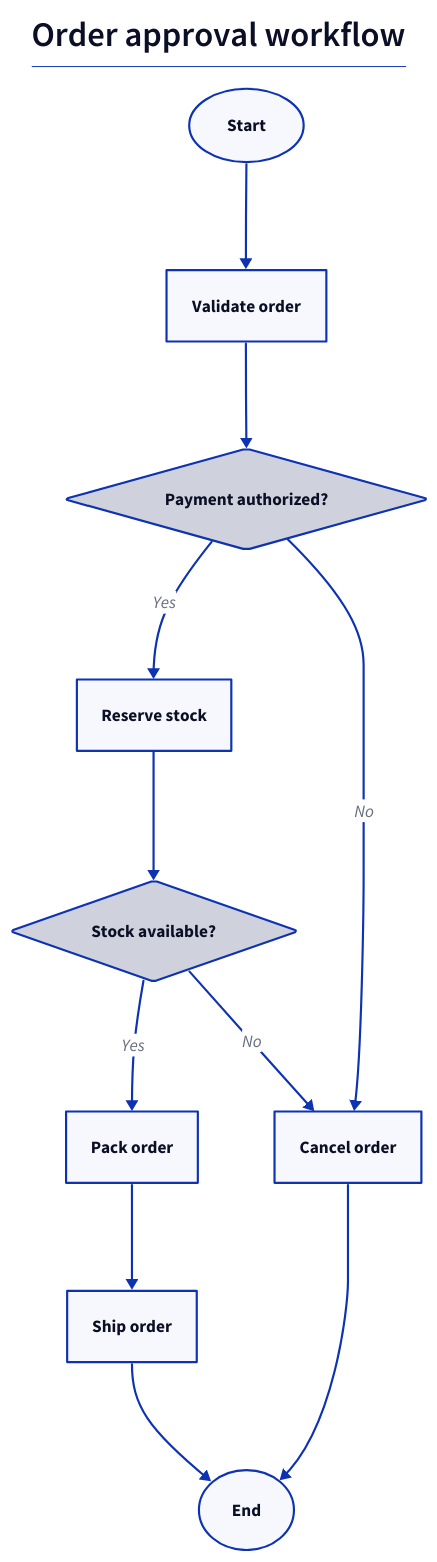
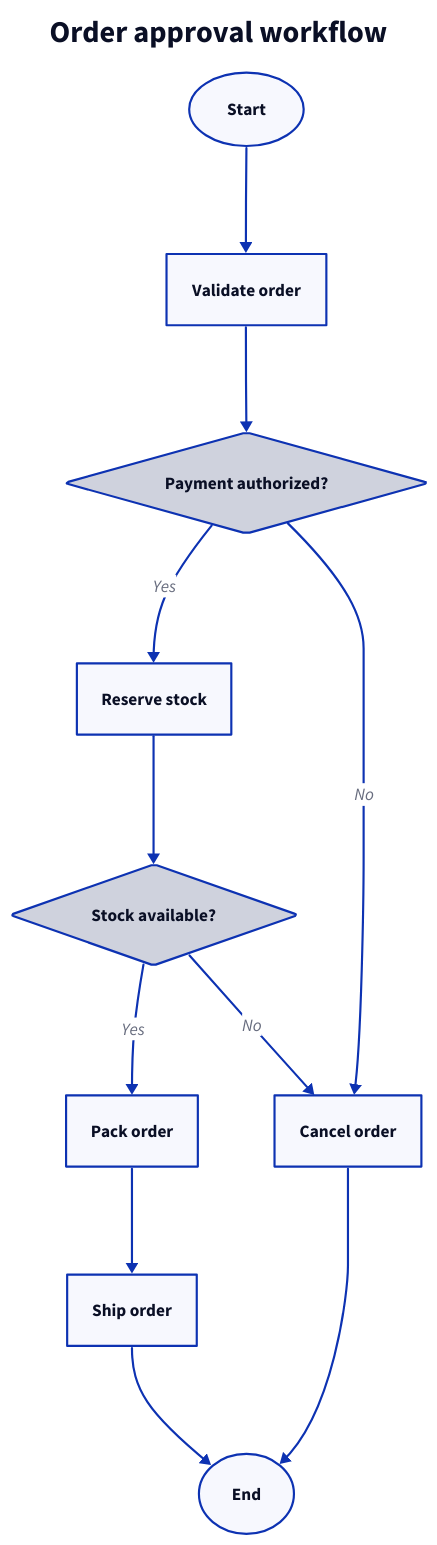
One commit to byronwall/draftably changed the diagram in docs/evaluations/agent-diagrams/tooled/workflow/d2.d2. Above: the diagram before and after it, drawn with D2. The commit also changed 59 other files, not shown here.

```diff
--- a/docs/evaluations/agent-diagrams/tooled/workflow/d2.d2
+++ b/docs/evaluations/agent-diagrams/tooled/workflow/d2.d2
@@ -1,26 +1,29 @@
-title: |md
-  # Order approval workflow
-| {near: top-center}
+title: Order approval workflow {
+  near: top-center
+  shape: text
+  style.font-size: 28
+  style.bold: true
+}
 
 direction: down
 
 start: Start {shape: oval}
 validate: Validate order
 payment: Payment authorized? {shape: diamond}
 reserve: Reserve stock
 stock: Stock available? {shape: diamond}
 pack: Pack order
 ship: Ship order
 cancel: Cancel order
 end: End {shape: oval}
 
 start -> validate
 validate -> payment
 payment -> reserve: Yes
 payment -> cancel: No
 reserve -> stock
 stock -> pack: Yes
 stock -> cancel: No
 pack -> ship
 ship -> end
 cancel -> end
```
